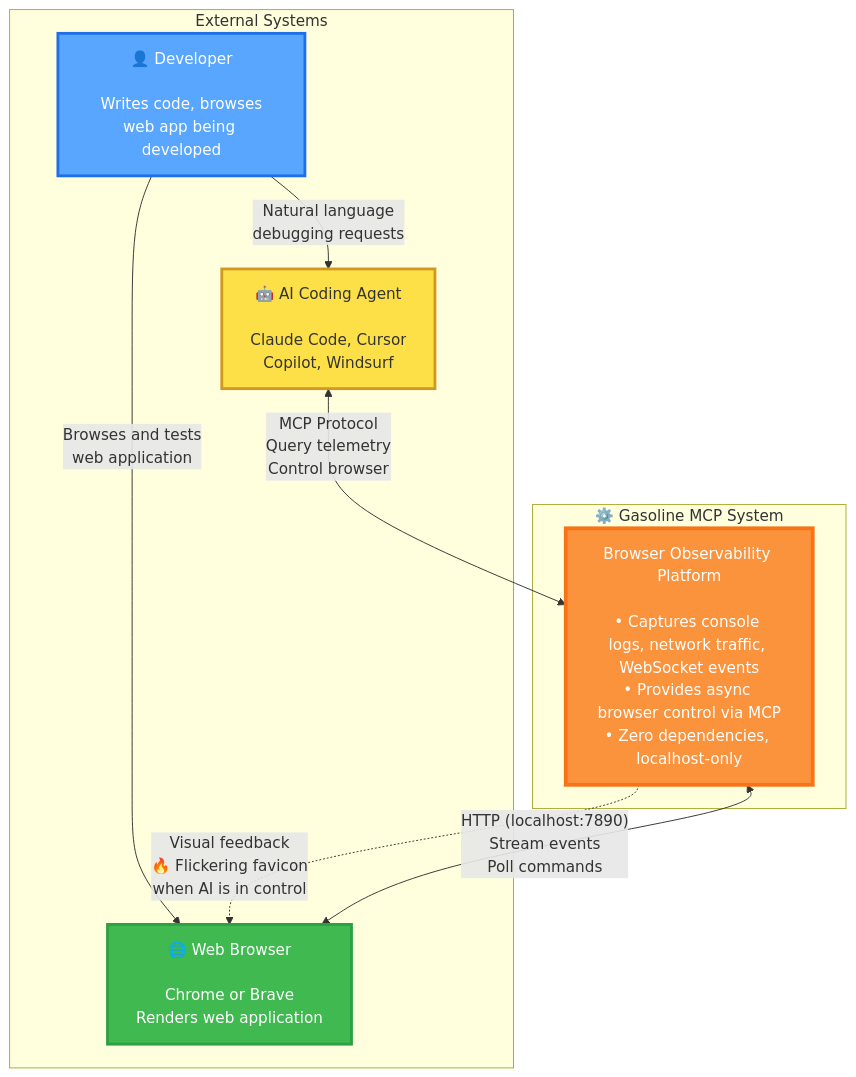
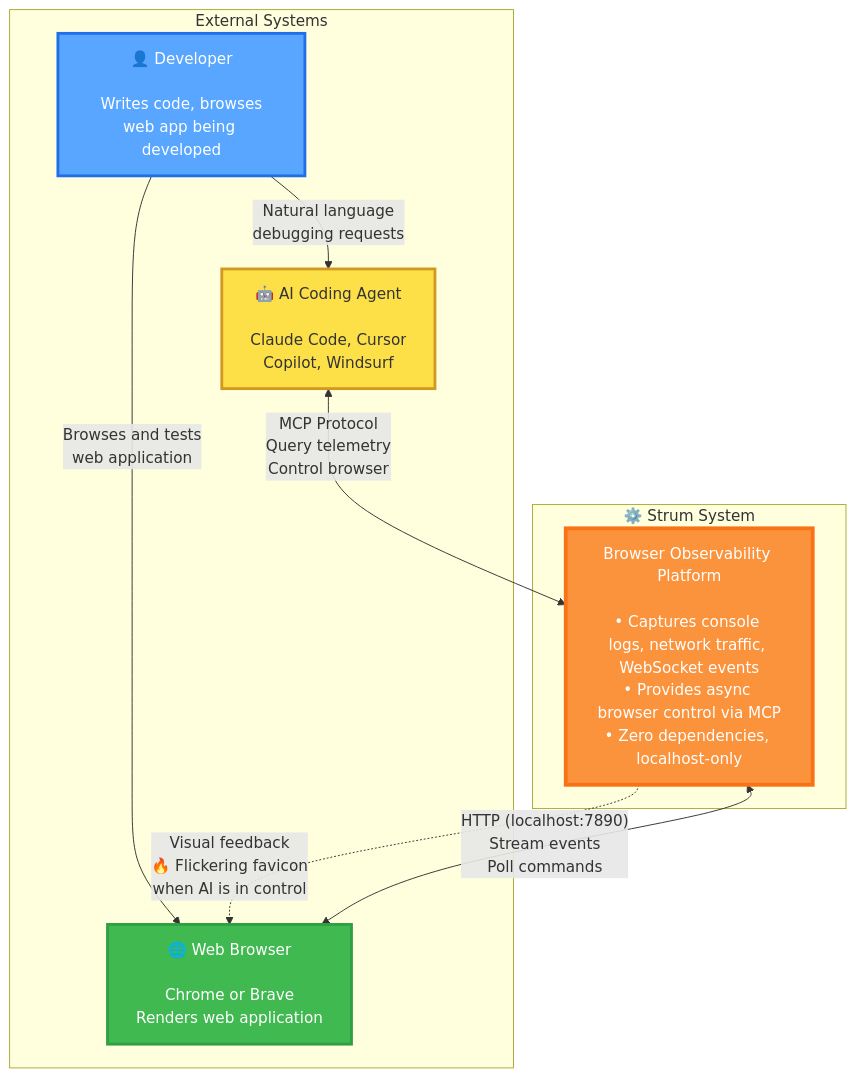
The first of 10 diagrams in docs/architecture/diagrams/system-architecture.md (brennhill/gasoline-mcp-ai-devtools), drawn with Mermaid before and after one commit. The commit also changed 84 other files, not shown here.

````diff
--- a/docs/architecture/diagrams/system-architecture.md
+++ b/docs/architecture/diagrams/system-architecture.md
@@ -13,26 +13,26 @@
 ```mermaid
 graph TB
     subgraph External["External Systems"]
         Dev["👤 Developer<br/><br/>Writes code, browses<br/>web app being developed"]
         AI["🤖 AI Coding Agent<br/><br/>Claude Code, Cursor<br/>Copilot, Windsurf"]
         Browser["🌐 Web Browser<br/><br/>Chrome or Brave<br/>Renders web application"]
     end
 
-    subgraph Gasoline["⚙️ Gasoline MCP System"]
+    subgraph Gasoline["⚙️ Strum System"]
         Core["Browser Observability Platform<br/><br/>• Captures console logs, network traffic, WebSocket events<br/>• Provides async browser control via MCP<br/>• Zero dependencies, localhost-only"]
     end
 
     Dev -->|"Natural language<br/>debugging requests"| AI
     Dev -->|"Browses and tests<br/>web application"| Browser
 
     AI <-->|"MCP Protocol<br/>Query telemetry<br/>Control browser"| Core
 
     Browser <-->|"HTTP (localhost:7890)<br/>Stream events<br/>Poll commands"| Core
 
     Core -.->|"Visual feedback<br/>🔥 Flickering favicon<br/>when AI is in control"| Browser
 
     style Dev fill:#58a6ff,stroke:#1f6feb,stroke-width:3px,color:#fff
     style AI fill:#fde047,stroke:#d29922,stroke-width:3px
     style Browser fill:#3fb950,stroke:#2ea043,stroke-width:3px,color:#fff
     style Core fill:#fb923c,stroke:#f97316,stroke-width:4px,color:#fff
 ```
````
